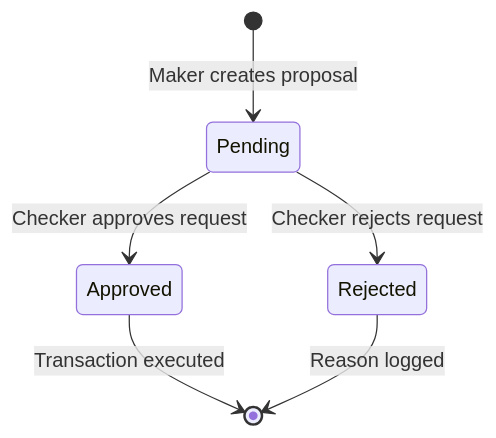
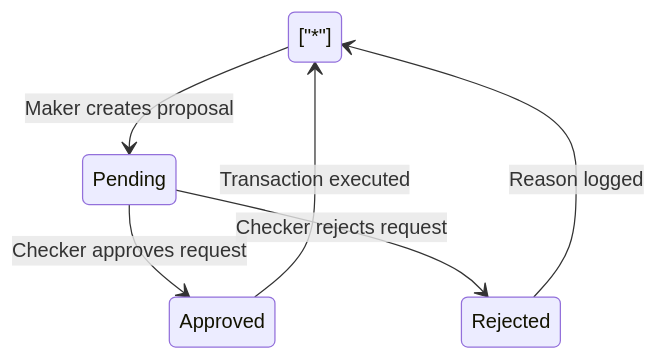
The second of 3 diagrams in content/series/core-banking-developer/executive-summary.md (vesviet/vesviet), drawn with Mermaid before and after one commit. The commit also changed other lines of this file and 331 other files, not shown here.

````diff
--- a/content/series/core-banking-developer/executive-summary.md
+++ b/content/series/core-banking-developer/executive-summary.md
@@ -196,8 +198,8 @@
 ```mermaid
 stateDiagram-v2
-    [*] --> Pending : Maker creates proposal
+    ["*"] --> Pending : Maker creates proposal
     Pending --> Approved : Checker approves request
     Pending --> Rejected : Checker rejects request
-    Approved --> [*] : Transaction executed
-    Rejected --> [*] : Reason logged
+    Approved --> ["*"] : Transaction executed
+    Rejected --> ["*"] : Reason logged
 ```
````
